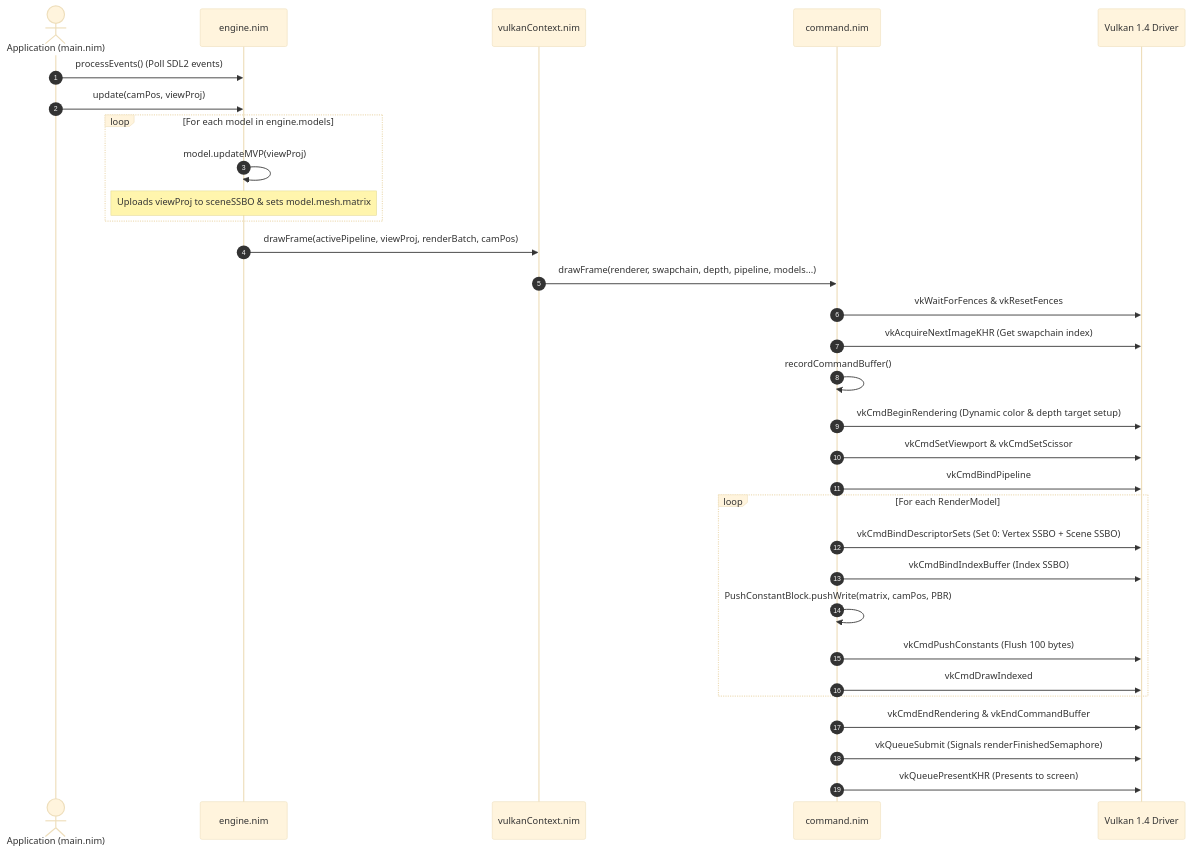
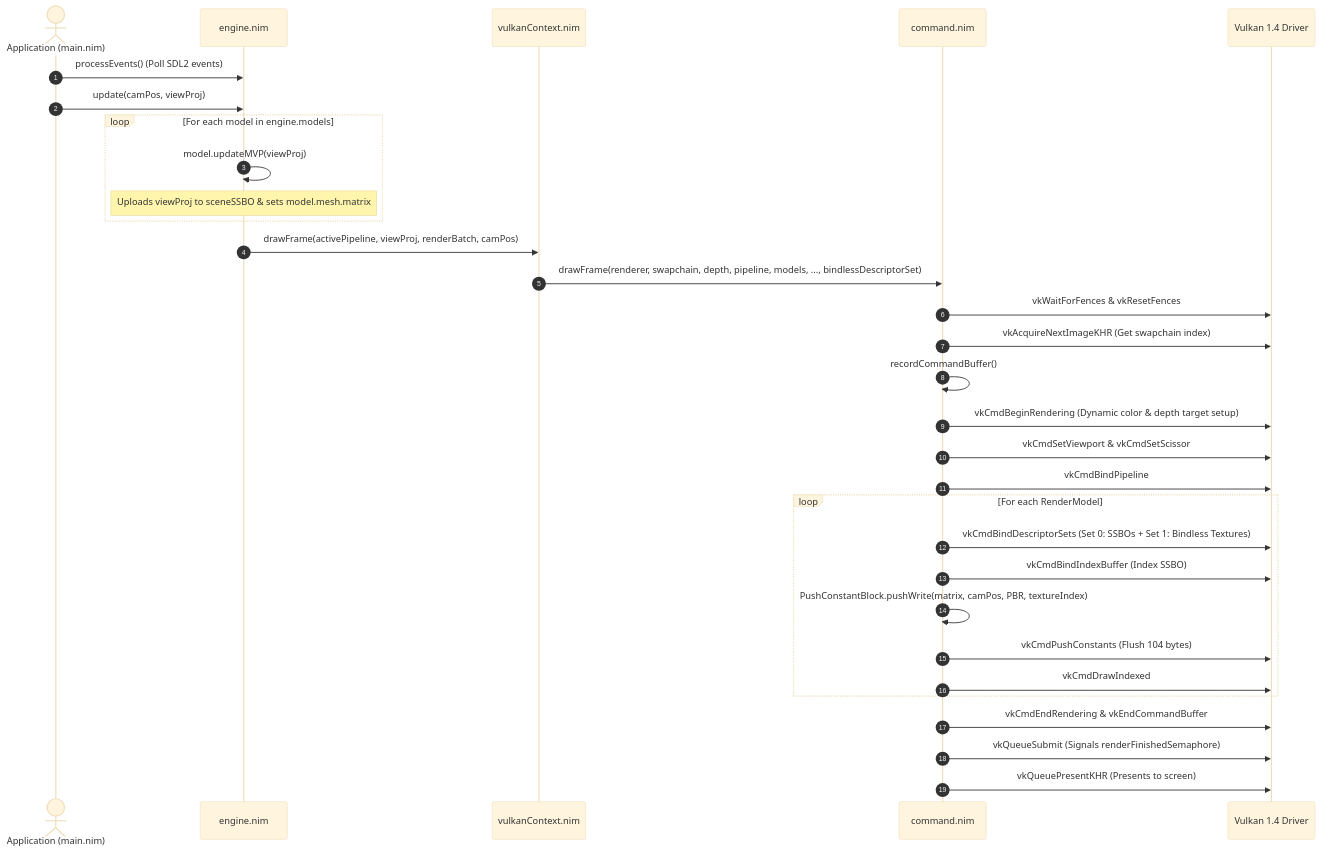
The second of 2 diagrams in src/README.md (ghostsigma452-design/Falcon), drawn with Mermaid (base theme) before and after one commit. The commit also changed other lines of this file, not shown here.

````diff
--- a/src/README.md
+++ b/src/README.md
@@ -224,34 +294,34 @@
 ```mermaid
 sequenceDiagram
     autonumber
     actor App as Application (main.nim)
     participant Engine as engine.nim
     participant Context as vulkanContext.nim
     participant Renderer as command.nim
     participant GPU as Vulkan 1.4 Driver
 
     App->>Engine: processEvents() (Poll SDL2 events)
     App->>Engine: update(camPos, viewProj)
     loop For each model in engine.models
         Engine->>Engine: model.updateMVP(viewProj)
         Note over Engine: Uploads viewProj to sceneSSBO & sets model.mesh.matrix
     end
     Engine->>Context: drawFrame(activePipeline, viewProj, renderBatch, camPos)
-    Context->>Renderer: drawFrame(renderer, swapchain, depth, pipeline, models...)
+    Context->>Renderer: drawFrame(renderer, swapchain, depth, pipeline, models, ..., bindlessDescriptorSet)
     Renderer->>GPU: vkWaitForFences & vkResetFences
     Renderer->>GPU: vkAcquireNextImageKHR (Get swapchain index)
     Renderer->>Renderer: recordCommandBuffer()
     Renderer->>GPU: vkCmdBeginRendering (Dynamic color & depth target setup)
     Renderer->>GPU: vkCmdSetViewport & vkCmdSetScissor
     Renderer->>GPU: vkCmdBindPipeline
     loop For each RenderModel
-        Renderer->>GPU: vkCmdBindDescriptorSets (Set 0: Vertex SSBO + Scene SSBO)
+        Renderer->>GPU: vkCmdBindDescriptorSets (Set 0: SSBOs + Set 1: Bindless Textures)
         Renderer->>GPU: vkCmdBindIndexBuffer (Index SSBO)
-        Renderer->>Renderer: PushConstantBlock.pushWrite(matrix, camPos, PBR)
-        Renderer->>GPU: vkCmdPushConstants (Flush 100 bytes)
+        Renderer->>Renderer: PushConstantBlock.pushWrite(matrix, camPos, PBR, textureIndex)
+        Renderer->>GPU: vkCmdPushConstants (Flush 104 bytes)
         Renderer->>GPU: vkCmdDrawIndexed
     end
     Renderer->>GPU: vkCmdEndRendering & vkEndCommandBuffer
     Renderer->>GPU: vkQueueSubmit (Signals renderFinishedSemaphore)
     Renderer->>GPU: vkQueuePresentKHR (Presents to screen)
 ```
````
